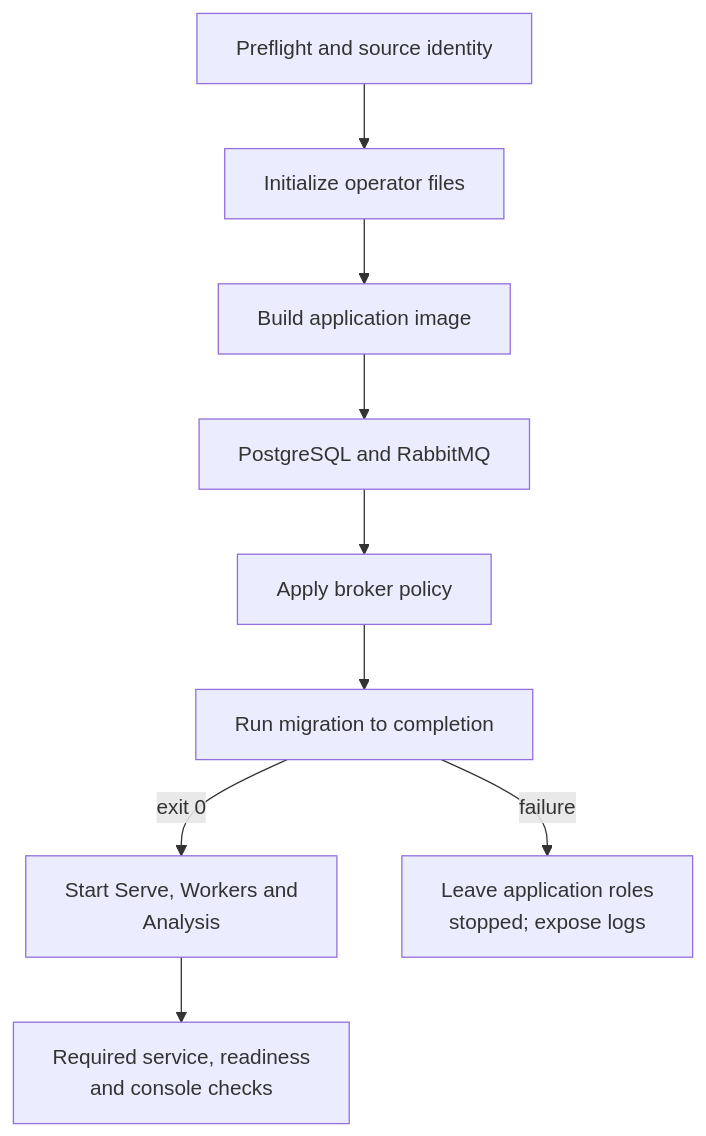
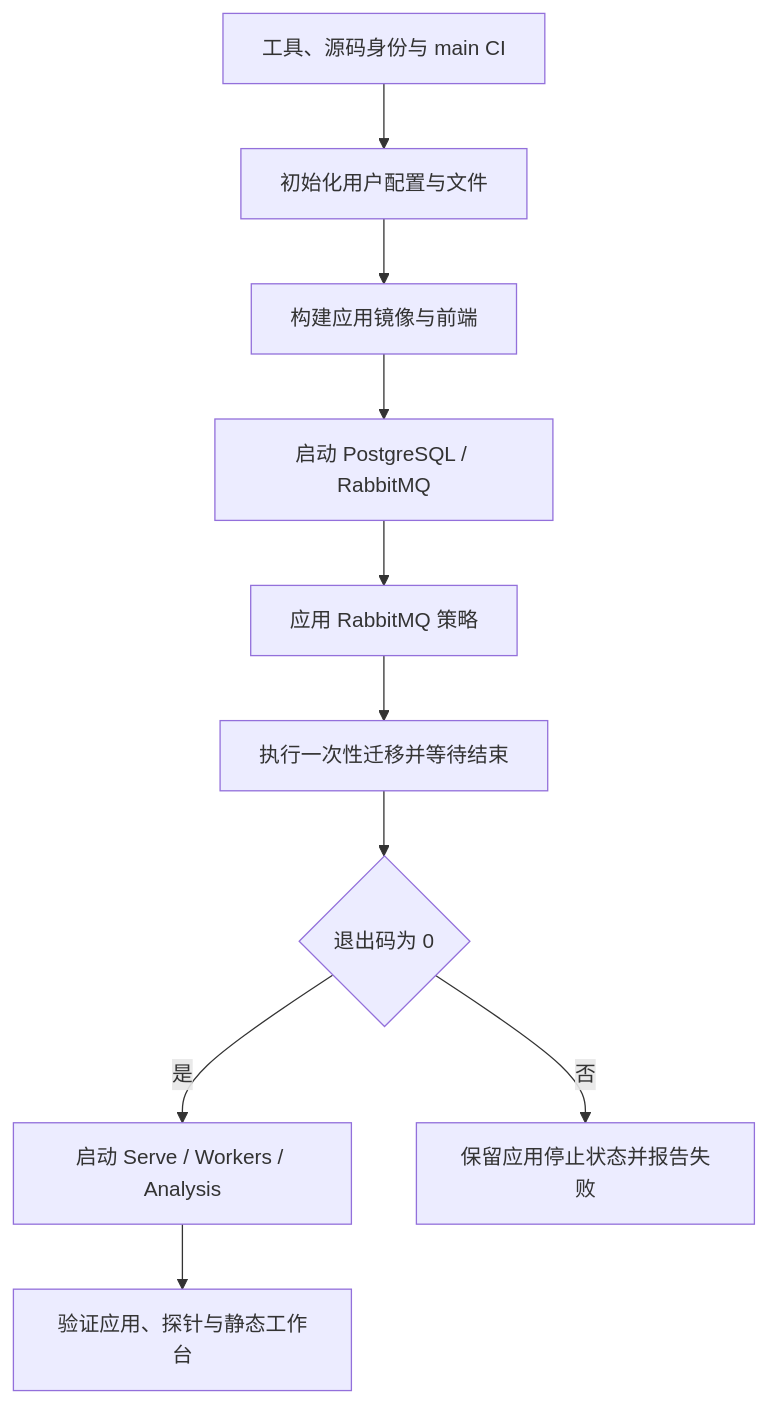
The diagram in docs/SETUP.md (AnalyThothAI/tracefold), drawn with Mermaid before and after one commit. The commit also changed other lines of this file and 28 other files, not shown here.

Commit message:
docs: rebuild the Chinese architecture and module handbook

````diff
--- a/docs/SETUP.md
+++ b/docs/SETUP.md
@@ -43,11 +33,12 @@
 ```mermaid
-flowchart TB
-    Check["Preflight and source identity"] --> Init["Initialize operator files"]
-    Init --> Build["Build application image"]
-    Build --> Infra["PostgreSQL and RabbitMQ"]
-    Infra --> Policy["Apply broker policy"]
-    Policy --> Migrate["Run migration to completion"]
-    Migrate -->|"exit 0"| App["Start Serve, Workers and<br/>Analysis"]
-    App --> Verify["Required service, readiness<br/>and console checks"]
-    Migrate -->|"failure"| Stop["Leave application roles<br/>stopped; expose logs"]
+flowchart TD
+    Preflight["工具、源码身份与 main CI"] --> Init["初始化用户配置与文件"]
+    Init --> Build["构建应用镜像与前端"]
+    Build --> Infra["启动 PostgreSQL / RabbitMQ"]
+    Infra --> Policy["应用 RabbitMQ 策略"]
+    Policy --> Migrate["执行一次性迁移并等待结束"]
+    Migrate --> Result{"退出码为 0"}
+    Result -->|"是"| App["启动 Serve / Workers / Analysis"]
+    Result -->|"否"| Stop["保留应用停止状态并报告失败"]
+    App --> Ready["验证应用、探针与静态工作台"]
 ```
````
